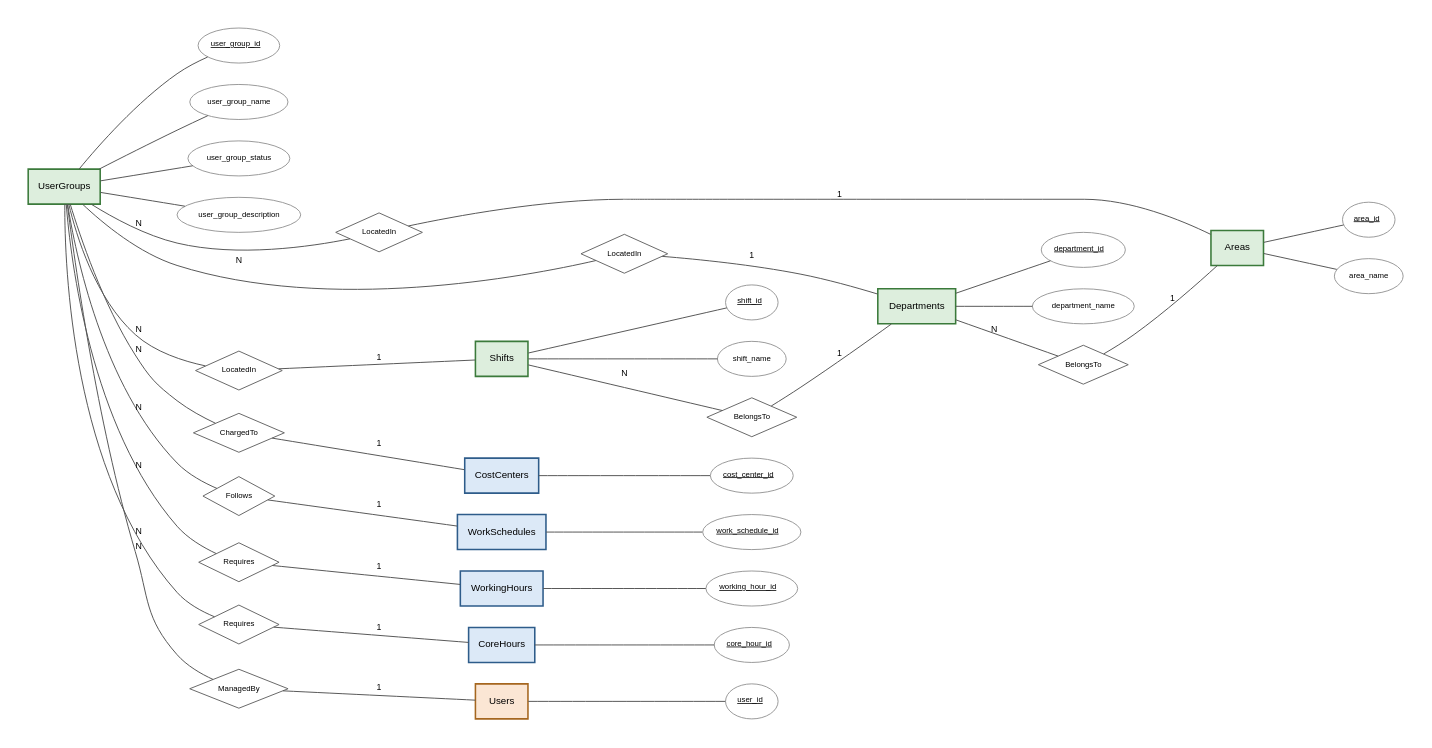
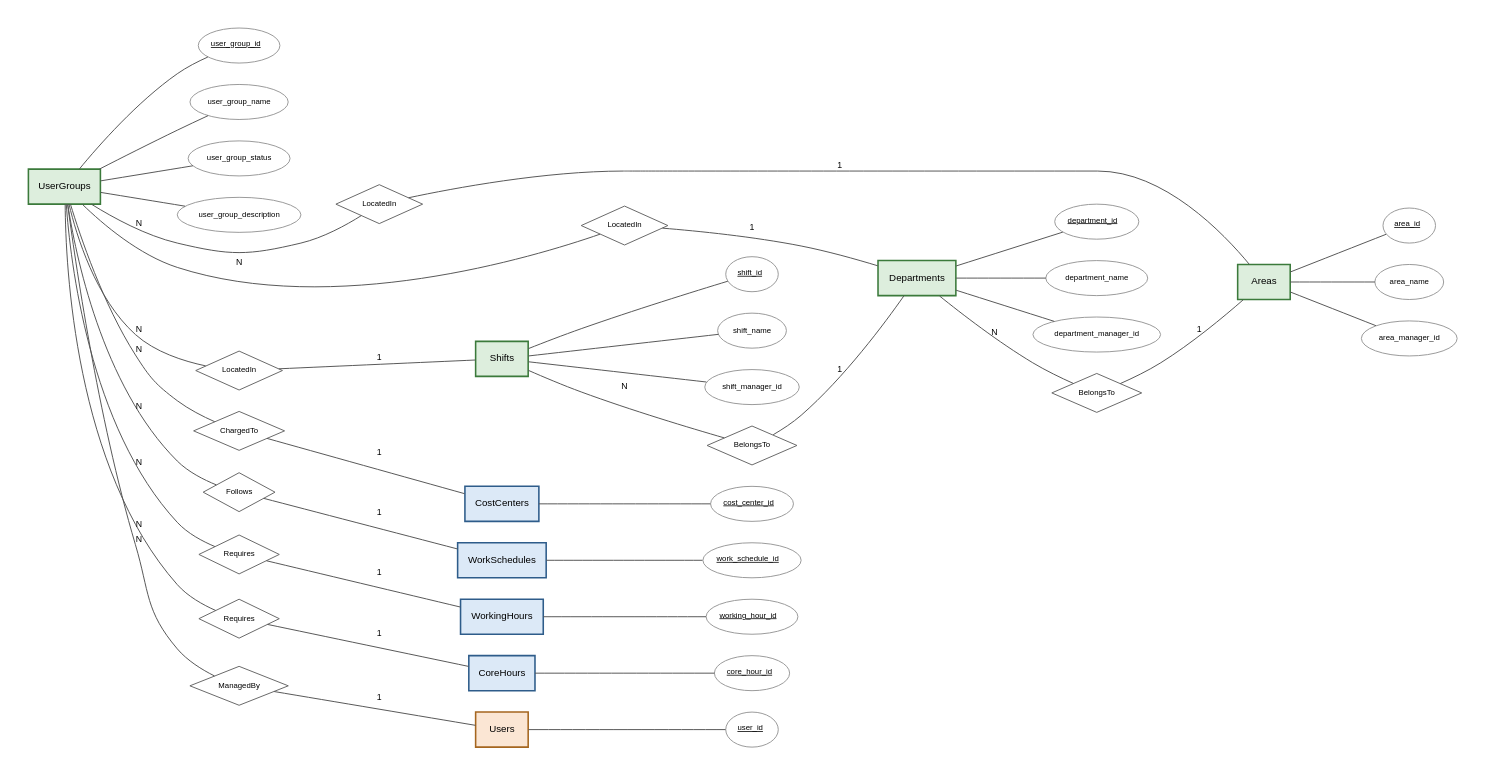
Before and after one commit to mbodigit/time_tracking_system_prototype: the diagram in docs/diagram/er-3-szervezet.dot, drawn with Graphviz. The commit also changed 3 other files, not shown here.

First line of the commit message:
Az ER-ábrák frissítése a szervezeti vezetői oszlopokkal

```diff
--- a/docs/diagram/er-3-szervezet.dot
+++ b/docs/diagram/er-3-szervezet.dot
@@ -1,81 +1,87 @@
 graph ER {
   fontname="Helvetica";
   graph [rankdir=LR, splines=spline, nodesep=0.3, ranksep=1.0, pack=true, packmode=array, bgcolor="white", pad=0.3];
   node [fontname="Helvetica", fontsize=10];
   edge [fontname="Helvetica", fontsize=9, color="#555555"];
 
   // fókuszban lévő egyedek, minden attribútummal
   "Areas" [shape=box, style="filled,bold", fillcolor="#DDEEDD", color="#3B7A3B", penwidth=1.6];
   "Areas__area_id" [shape=ellipse, style=filled, fillcolor="white", color="#999999", fontsize=8, label=<<U>area_id</U>>];
   "Areas" -- "Areas__area_id" [len=0.8, weight=4];
   "Areas__area_name" [shape=ellipse, style=filled, fillcolor="white", color="#999999", fontsize=8, label="area_name"];
   "Areas" -- "Areas__area_name" [len=0.8, weight=4];
+  "Areas__area_manager_id" [shape=ellipse, style=filled, fillcolor="white", color="#999999", fontsize=8, label="area_manager_id"];
+  "Areas" -- "Areas__area_manager_id" [len=0.8, weight=4];
   "Departments" [shape=box, style="filled,bold", fillcolor="#DDEEDD", color="#3B7A3B", penwidth=1.6];
   "Departments__department_id" [shape=ellipse, style=filled, fillcolor="white", color="#999999", fontsize=8, label=<<U>department_id</U>>];
   "Departments" -- "Departments__department_id" [len=0.8, weight=4];
   "Departments__department_name" [shape=ellipse, style=filled, fillcolor="white", color="#999999", fontsize=8, label="department_name"];
   "Departments" -- "Departments__department_name" [len=0.8, weight=4];
+  "Departments__department_manager_id" [shape=ellipse, style=filled, fillcolor="white", color="#999999", fontsize=8, label="department_manager_id"];
+  "Departments" -- "Departments__department_manager_id" [len=0.8, weight=4];
   "Shifts" [shape=box, style="filled,bold", fillcolor="#DDEEDD", color="#3B7A3B", penwidth=1.6];
   "Shifts__shift_id" [shape=ellipse, style=filled, fillcolor="white", color="#999999", fontsize=8, label=<<U>shift_id</U>>];
   "Shifts" -- "Shifts__shift_id" [len=0.8, weight=4];
   "Shifts__shift_name" [shape=ellipse, style=filled, fillcolor="white", color="#999999", fontsize=8, label="shift_name"];
   "Shifts" -- "Shifts__shift_name" [len=0.8, weight=4];
+  "Shifts__shift_manager_id" [shape=ellipse, style=filled, fillcolor="white", color="#999999", fontsize=8, label="shift_manager_id"];
+  "Shifts" -- "Shifts__shift_manager_id" [len=0.8, weight=4];
   "UserGroups" [shape=box, style="filled,bold", fillcolor="#DDEEDD", color="#3B7A3B", penwidth=1.6];
   "UserGroups__user_group_id" [shape=ellipse, style=filled, fillcolor="white", color="#999999", fontsize=8, label=<<U>user_group_id</U>>];
   "UserGroups" -- "UserGroups__user_group_id" [len=0.8, weight=4];
   "UserGroups__user_group_name" [shape=ellipse, style=filled, fillcolor="white", color="#999999", fontsize=8, label="user_group_name"];
   "UserGroups" -- "UserGroups__user_group_name" [len=0.8, weight=4];
   "UserGroups__user_group_status" [shape=ellipse, style=filled, fillcolor="white", color="#999999", fontsize=8, label="user_group_status"];
   "UserGroups" -- "UserGroups__user_group_status" [len=0.8, weight=4];
   "UserGroups__user_group_description" [shape=ellipse, style=filled, fillcolor="white", color="#999999", fontsize=8, label="user_group_description"];
   "UserGroups" -- "UserGroups__user_group_description" [len=0.8, weight=4];
 
   // kapcsolódó egyedek, csak az elsődleges kulccsal
   "CoreHours" [shape=box, style="filled,bold", fillcolor="#DCE9F7", color="#2E5C8A", penwidth=1.6];
   "CoreHours__core_hour_id" [shape=ellipse, style=filled, fillcolor="white", color="#999999", fontsize=8, label=<<U>core_hour_id</U>>];
   "CoreHours" -- "CoreHours__core_hour_id" [len=0.8, weight=4];
   "CostCenters" [shape=box, style="filled,bold", fillcolor="#DCE9F7", color="#2E5C8A", penwidth=1.6];
   "CostCenters__cost_center_id" [shape=ellipse, style=filled, fillcolor="white", color="#999999", fontsize=8, label=<<U>cost_center_id</U>>];
   "CostCenters" -- "CostCenters__cost_center_id" [len=0.8, weight=4];
   "Users" [shape=box, style="filled,bold", fillcolor="#FBE6D4", color="#A5661F", penwidth=1.6];
   "Users__user_id" [shape=ellipse, style=filled, fillcolor="white", color="#999999", fontsize=8, label=<<U>user_id</U>>];
   "Users" -- "Users__user_id" [len=0.8, weight=4];
   "WorkSchedules" [shape=box, style="filled,bold", fillcolor="#DCE9F7", color="#2E5C8A", penwidth=1.6];
   "WorkSchedules__work_schedule_id" [shape=ellipse, style=filled, fillcolor="white", color="#999999", fontsize=8, label=<<U>work_schedule_id</U>>];
   "WorkSchedules" -- "WorkSchedules__work_schedule_id" [len=0.8, weight=4];
   "WorkingHours" [shape=box, style="filled,bold", fillcolor="#DCE9F7", color="#2E5C8A", penwidth=1.6];
   "WorkingHours__working_hour_id" [shape=ellipse, style=filled, fillcolor="white", color="#999999", fontsize=8, label=<<U>working_hour_id</U>>];
   "WorkingHours" -- "WorkingHours__working_hour_id" [len=0.8, weight=4];
 
   // kapcsolatok
   "R_fk_department_area" [shape=diamond, style=filled, fillcolor="white", color="#666666", fontsize=8, label="BelongsTo", width=1.0, height=0.55];
   "Departments" -- "R_fk_department_area" [label="N", len=2.4];
   "R_fk_department_area" -- "Areas" [label="1", len=2.4];
   "R_fk_shift_department" [shape=diamond, style=filled, fillcolor="white", color="#666666", fontsize=8, label="BelongsTo", width=1.0, height=0.55];
   "Shifts" -- "R_fk_shift_department" [label="N", len=2.4];
   "R_fk_shift_department" -- "Departments" [label="1", len=2.4];
   "R_fk_group_area" [shape=diamond, style=filled, fillcolor="white", color="#666666", fontsize=8, label="LocatedIn", width=1.0, height=0.55];
   "UserGroups" -- "R_fk_group_area" [label="N", len=2.4];
   "R_fk_group_area" -- "Areas" [label="1", len=2.4];
   "R_fk_group_department_in_area" [shape=diamond, style=filled, fillcolor="white", color="#666666", fontsize=8, label="LocatedIn", width=1.0, height=0.55];
   "UserGroups" -- "R_fk_group_department_in_area" [label="N", len=2.4];
   "R_fk_group_department_in_area" -- "Departments" [label="1", len=2.4];
   "R_fk_group_shift_in_department" [shape=diamond, style=filled, fillcolor="white", color="#666666", fontsize=8, label="LocatedIn", width=1.0, height=0.55];
   "UserGroups" -- "R_fk_group_shift_in_department" [label="N", len=2.4];
   "R_fk_group_shift_in_department" -- "Shifts" [label="1", len=2.4];
   "R_fk_group_cost_center" [shape=diamond, style=filled, fillcolor="white", color="#666666", fontsize=8, label="ChargedTo", width=1.0, height=0.55];
   "UserGroups" -- "R_fk_group_cost_center" [label="N", len=2.4];
   "R_fk_group_cost_center" -- "CostCenters" [label="1", len=2.4];
   "R_fk_group_work_schedule" [shape=diamond, style=filled, fillcolor="white", color="#666666", fontsize=8, label="Follows", width=1.0, height=0.55];
   "UserGroups" -- "R_fk_group_work_schedule" [label="N", len=2.4];
   "R_fk_group_work_schedule" -- "WorkSchedules" [label="1", len=2.4];
   "R_fk_group_working_hour" [shape=diamond, style=filled, fillcolor="white", color="#666666", fontsize=8, label="Requires", width=1.0, height=0.55];
   "UserGroups" -- "R_fk_group_working_hour" [label="N", len=2.4];
   "R_fk_group_working_hour" -- "WorkingHours" [label="1", len=2.4];
   "R_fk_group_core_hour" [shape=diamond, style=filled, fillcolor="white", color="#666666", fontsize=8, label="Requires", width=1.0, height=0.55];
   "UserGroups" -- "R_fk_group_core_hour" [label="N", len=2.4];
   "R_fk_group_core_hour" -- "CoreHours" [label="1", len=2.4];
   "R_fk_group_manager" [shape=diamond, style=filled, fillcolor="white", color="#666666", fontsize=8, label="ManagedBy", width=1.0, height=0.55];
   "UserGroups" -- "R_fk_group_manager" [label="N", len=2.4];
   "R_fk_group_manager" -- "Users" [label="1", len=2.4];
 }
```
